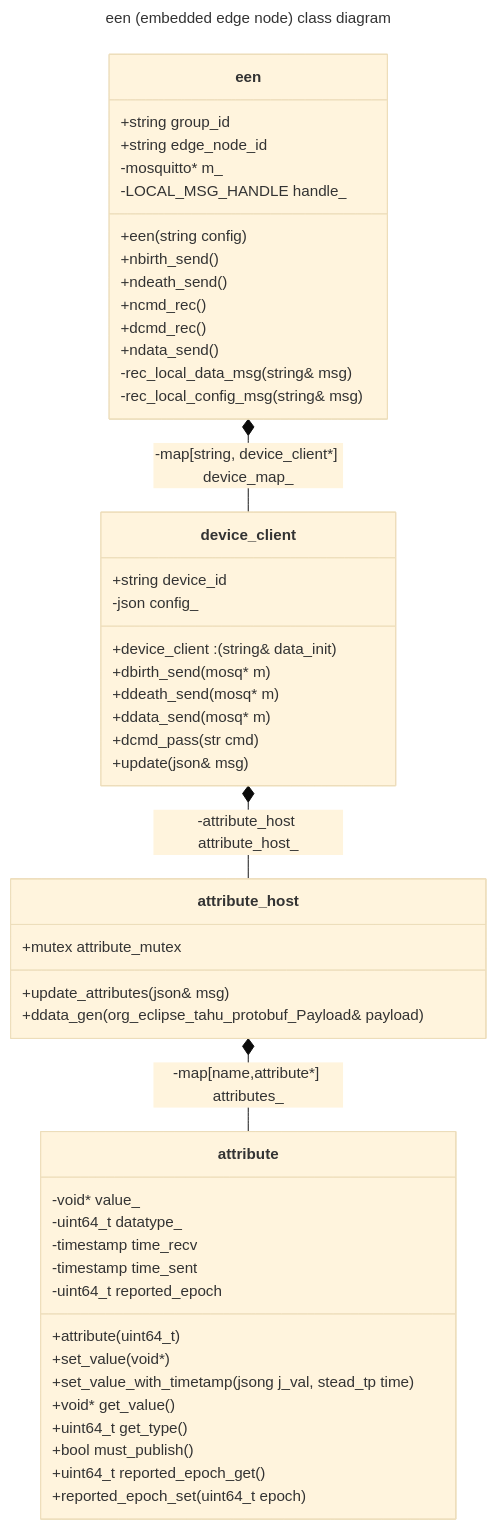
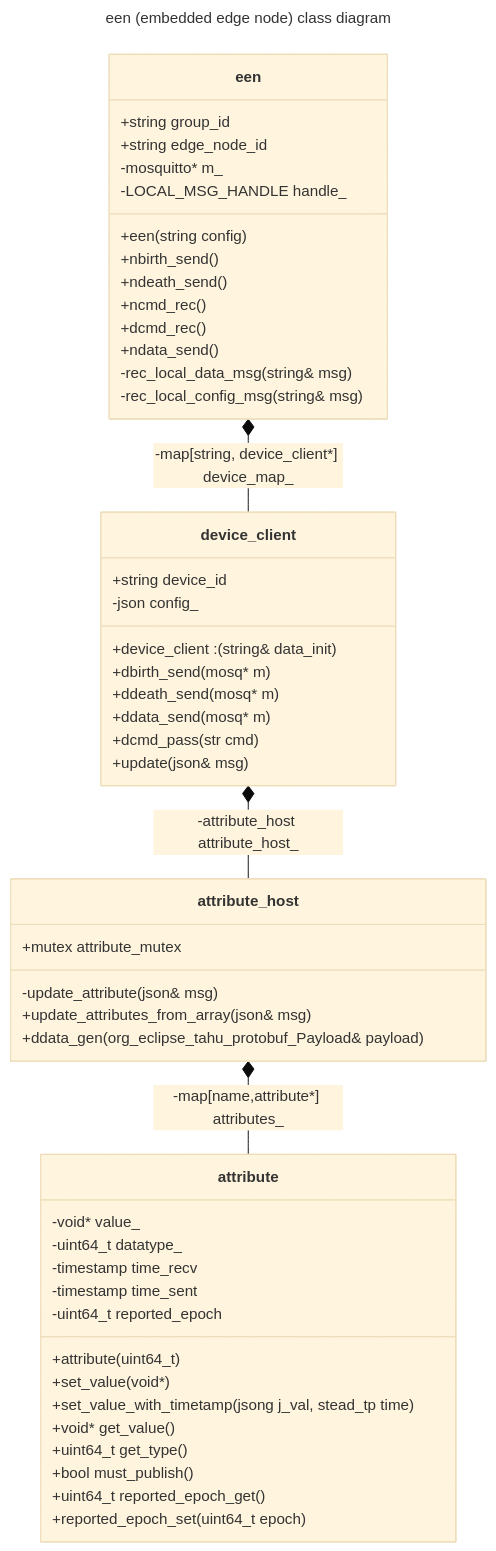
Before and after one commit to DJTakushi/spbd: the second of 2 diagrams in README.md, drawn with Mermaid (base theme). The commit also changed 3 other files, not shown here.

Commit message:
update_attribute() broken out; update_attributes_from_array() rename;

````diff
--- a/README.md
+++ b/README.md
@@ -39,58 +39,59 @@
 ```mermaid
 ---
 title: een (embedded edge node) class diagram
 ---
 classDiagram
 
 class een{
   +string group_id
   +string edge_node_id
   -mosquitto* m_
   -LOCAL_MSG_HANDLE handle_
   +een(string config)
   +nbirth_send()
   +ndeath_send()
   +ncmd_rec()
   +dcmd_rec()
   +ndata_send()
   -rec_local_data_msg(string& msg)
   -rec_local_config_msg(string& msg)
 }
 
 class device_client{
   +string device_id
   -json config_
 
   +device_client : (string& data_init)
   +dbirth_send(mosq* m)
   +ddeath_send(mosq* m)
   +ddata_send(mosq* m)
   +dcmd_pass(str cmd)
   +update(json& msg)
 }
 een *-- device_client : -map[string, device_client*] device_map_
 
 class attribute_host{
   +mutex attribute_mutex
-  +update_attributes(json& msg)
+  -update_attribute(json& msg)
+  +update_attributes_from_array(json& msg)
   +ddata_gen(org_eclipse_tahu_protobuf_Payload& payload)
 }
 device_client *-- attribute_host : -attribute_host attribute_host_
 
 class attribute{
   -void* value_
   -uint64_t datatype_
   -timestamp time_recv
   -timestamp time_sent
   -uint64_t reported_epoch
   +attribute(uint64_t)
   +set_value(void*)
   +set_value_with_timetamp(jsong  j_val, stead_tp time)
   +void* get_value()
   +uint64_t get_type()
   +bool must_publish()
   +uint64_t reported_epoch_get()
   +reported_epoch_set(uint64_t epoch)
 }
 attribute_host *-- attribute : -map[name,attribute*] attributes_
 ```
````
